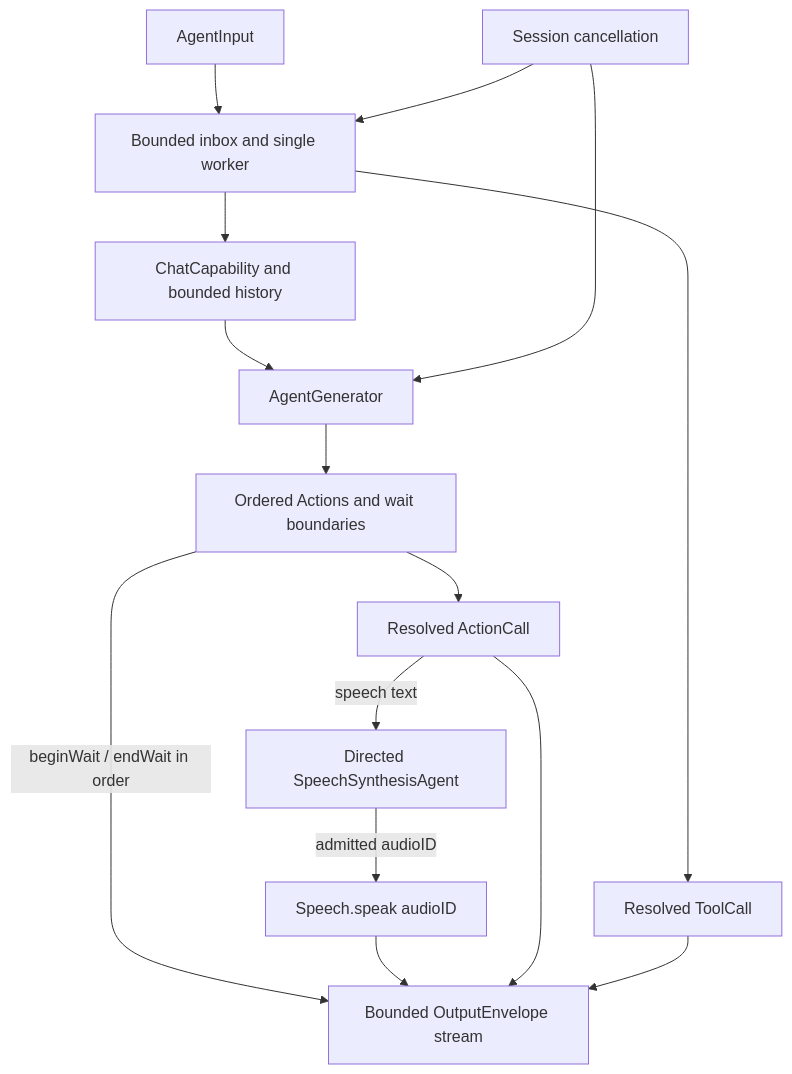
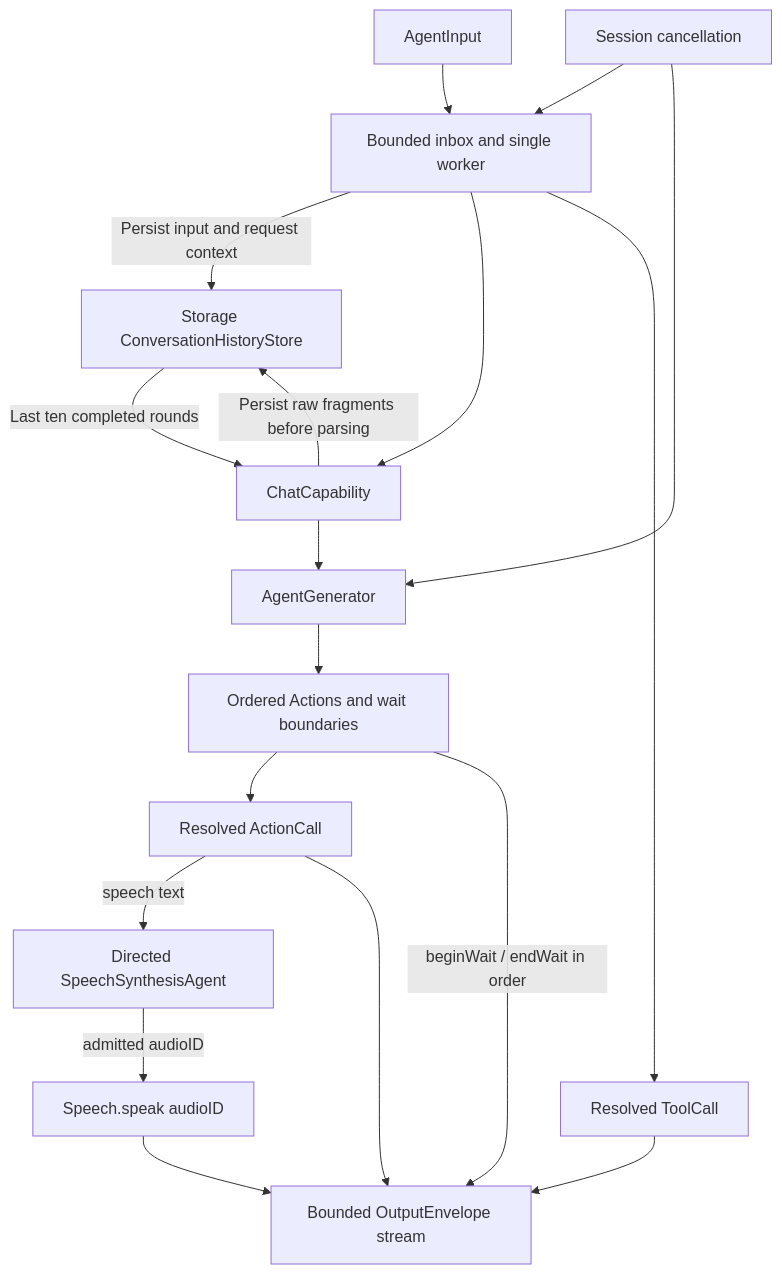
Before and after one commit to devilyouwei/MobileHarness: the first of 4 diagrams in MobileHarness/Agents/Assistant/README.md, drawn with Mermaid. The commit also changed other lines of this file and 131 other files, not shown here.

````diff
--- a/MobileHarness/Agents/Assistant/README.md
+++ b/MobileHarness/Agents/Assistant/README.md
@@ -15,17 +15,20 @@
 ```mermaid
 flowchart TD
     Input[AgentInput] --> Queue[Bounded inbox and single worker]
-    Queue --> Model[ChatCapability and bounded history]
+    Queue -->|Persist input and request context| History[Storage ConversationHistoryStore]
+    History -->|Last ten completed rounds| Model[ChatCapability]
+    Queue --> Model
+    Model -->|Persist raw fragments before parsing| History
     Model --> Parser[AgentGenerator]
     Parser --> Events[Ordered Actions and wait boundaries]
     Events --> Calls[Resolved ActionCall]
     Events -->|beginWait / endWait in order| Stream
     Calls -->|speech text| Synthesis[Directed SpeechSynthesisAgent]
     Synthesis -->|admitted audioID| Playback[Speech.speak audioID]
     Playback --> Stream
     Queue --> Tool[Resolved ToolCall]
     Calls --> Stream[Bounded OutputEnvelope stream]
     Tool --> Stream
     Cancel[Session cancellation] --> Queue
     Cancel --> Parser
 ```
````
